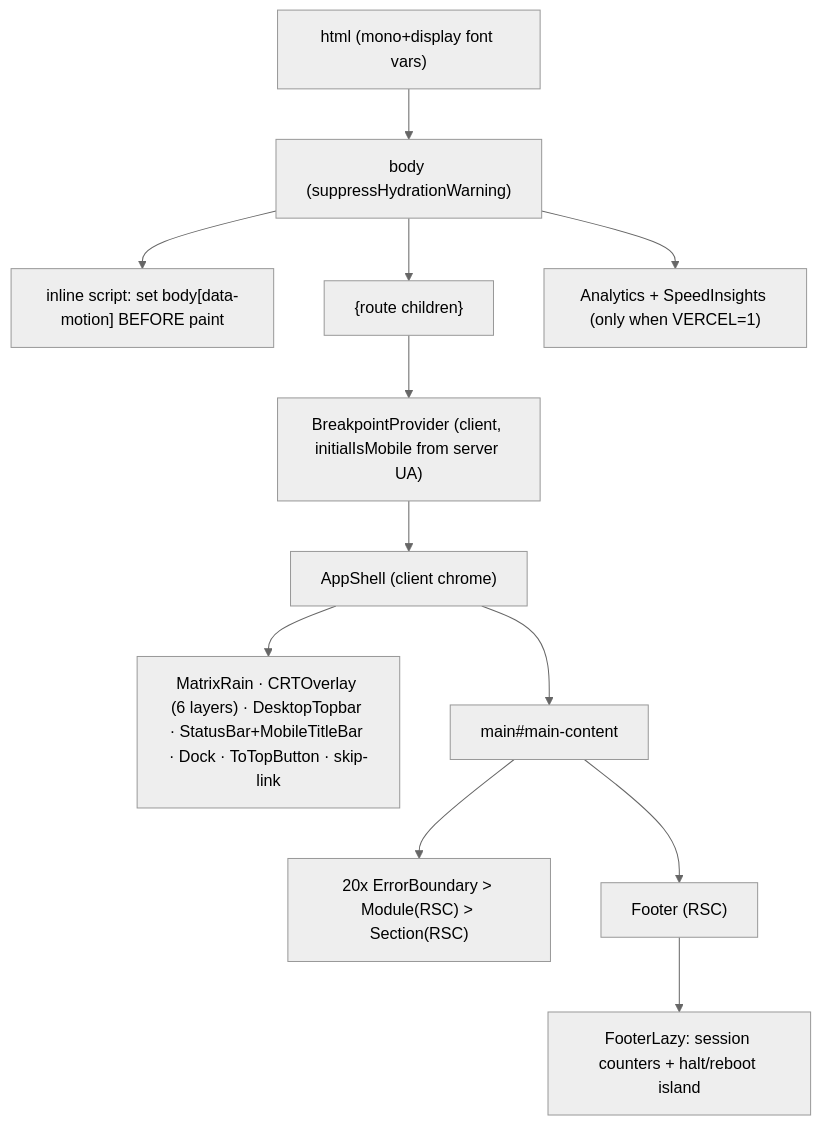
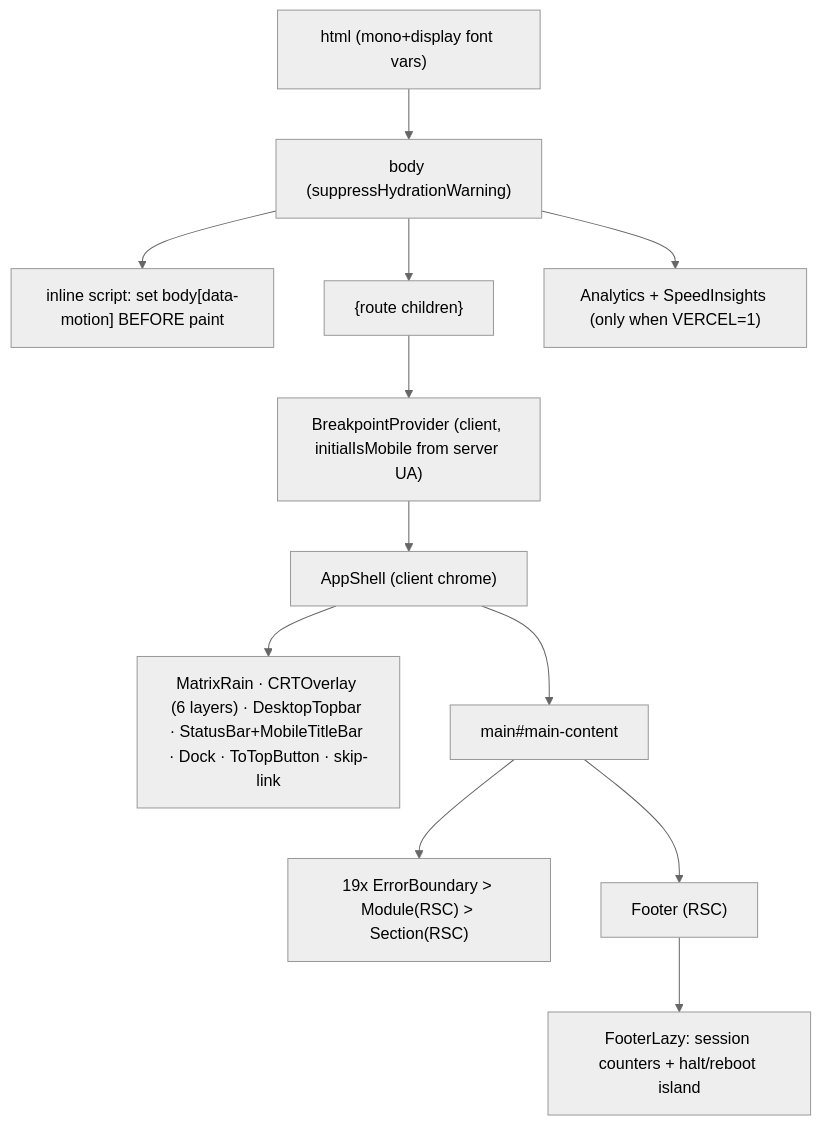
Before and after one commit to erikunha/portfolio: the second of 6 diagrams in docs/03-rendering-and-data-flow.md, drawn with Mermaid (neutral theme). The commit also changed other lines of this file, not shown here.

Commit message:
docs(contact): visa leaves the suspense list; 19 section error boundaries

````diff
--- a/docs/03-rendering-and-data-flow.md
+++ b/docs/03-rendering-and-data-flow.md
@@ -38,14 +38,14 @@
 ```mermaid
 flowchart TD
     html["html (mono+display font vars)"] --> body["body (suppressHydrationWarning)"]
     body --> boot["inline script: set body[data-motion] BEFORE paint"]
     body --> children["{route children}"]
     body --> rum["Analytics + SpeedInsights (only when VERCEL=1)"]
     children --> bp["BreakpointProvider (client, initialIsMobile from server UA)"]
     bp --> appshell["AppShell (client chrome)"]
     appshell --> chrome["MatrixRain · CRTOverlay (6 layers) · DesktopTopbar · StatusBar+MobileTitleBar · Dock · ToTopButton · skip-link"]
     appshell --> main["main#main-content"]
-    main --> secs["20x ErrorBoundary > Module(RSC) > Section(RSC)"]
+    main --> secs["19x ErrorBoundary > Module(RSC) > Section(RSC)"]
     main --> footer["Footer (RSC)"]
     footer --> footerIslands["FooterLazy: session counters + halt/reboot island"]
 ```
````
